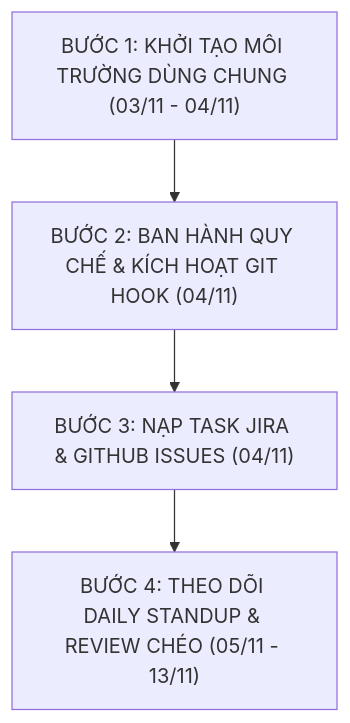
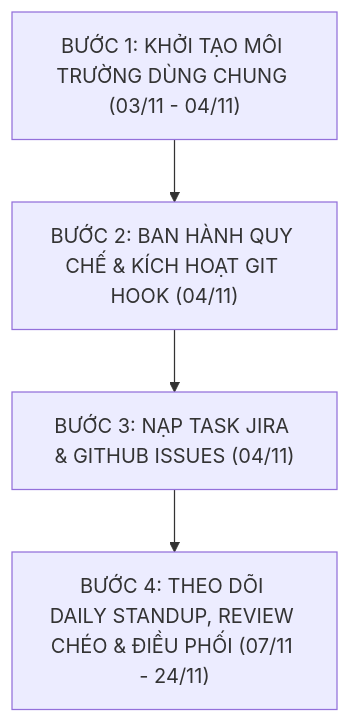
One commit to thanhbinh55/AI-Powered-Helpdesk-Knowledge-Base changed the ninth of 9 diagrams in PLAN_TEMPLATE1_AND_DEVELOPMENT.md. Above: the diagram before and after it, drawn with Mermaid. The commit also changed other lines of this file and 13 other files, not shown here.

````diff
--- a/PLAN_TEMPLATE1_AND_DEVELOPMENT.md
+++ b/PLAN_TEMPLATE1_AND_DEVELOPMENT.md
@@ -1627,9 +1677,9 @@
 ```mermaid
 flowchart TD
     Step1["BƯỚC 1: KHỞI TẠO MÔI TRƯỜNG DÙNG CHUNG (03/11 - 04/11)"]
     Step2["BƯỚC 2: BAN HÀNH QUY CHẾ & KÍCH HOẠT GIT HOOK (04/11)"]
     Step3["BƯỚC 3: NẠP TASK JIRA & GITHUB ISSUES (04/11)"]
-    Step4["BƯỚC 4: THEO DÕI DAILY STANDUP & REVIEW CHÉO (05/11 - 13/11)"]
+    Step4["BƯỚC 4: THEO DÕI DAILY STANDUP, REVIEW CHÉO & ĐIỀU PHỐI (07/11 - 24/11)"]
 
     Step1 --> Step2 --> Step3 --> Step4
 ```
````
